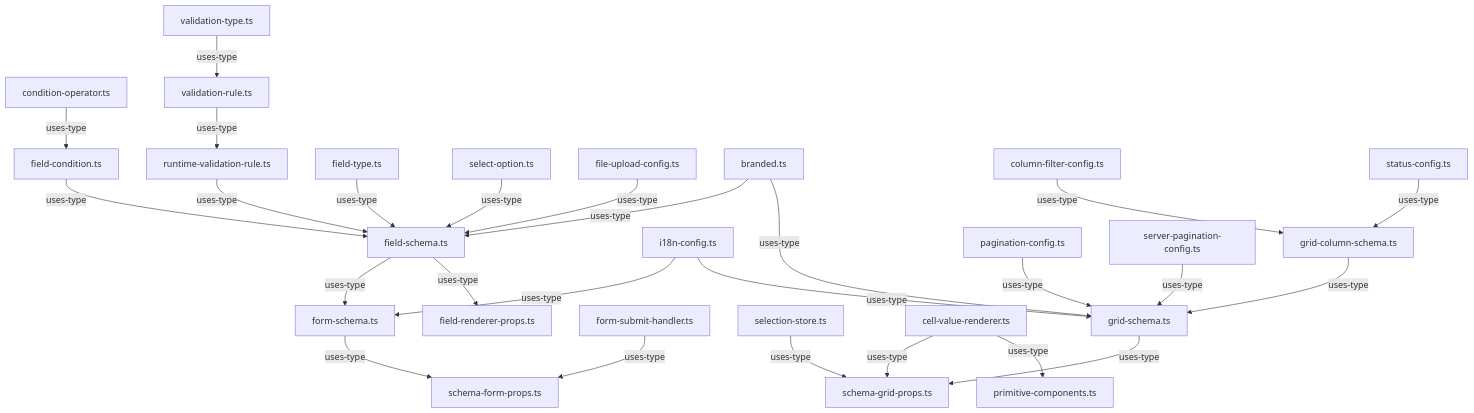
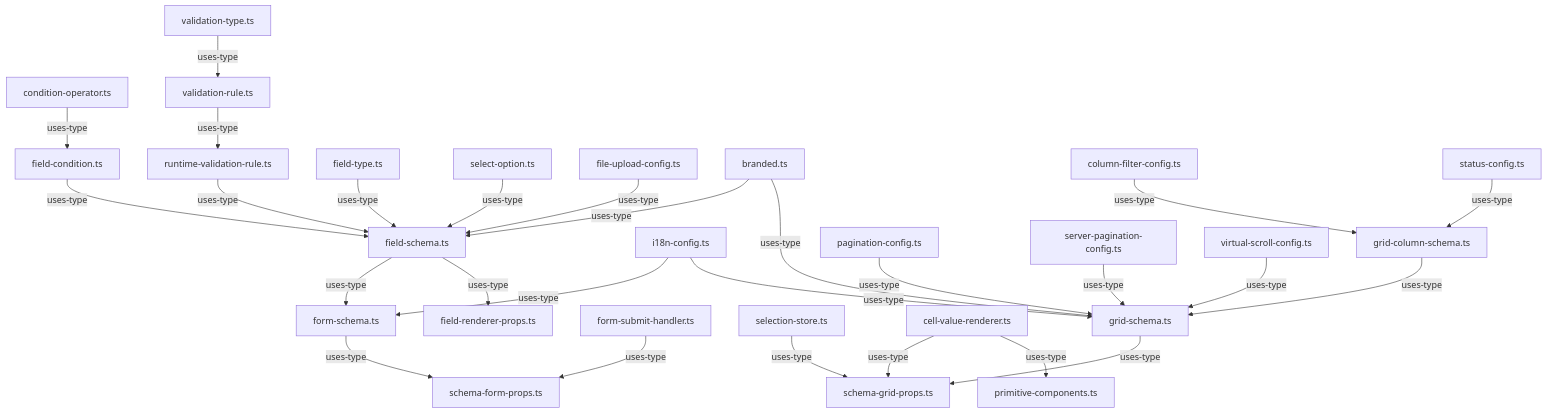
One commit to WianVDM/schema-framework changed the diagram in packages/core/src/engine/types/.context.md. Above: the diagram before and after it, drawn with Mermaid. The commit also changed other lines of this file and 22 other files, not shown here.

First line of the commit message:
feat(grid): add virtualized scrolling for 10k+ rows via @tanstack/react-virtual

````diff
--- a/packages/core/src/engine/types/.context.md
+++ b/packages/core/src/engine/types/.context.md
@@ -37,36 +38,37 @@
 ```mermaid
 graph TD
     condition-operator.ts -->|uses-type| field-condition.ts
     validation-type.ts -->|uses-type| validation-rule.ts
     validation-rule.ts -->|uses-type| runtime-validation-rule.ts
 
     field-type.ts -->|uses-type| field-schema.ts
     select-option.ts -->|uses-type| field-schema.ts
     runtime-validation-rule.ts -->|uses-type| field-schema.ts
     field-condition.ts -->|uses-type| field-schema.ts
     file-upload-config.ts -->|uses-type| field-schema.ts
     branded.ts -->|uses-type| field-schema.ts
 
     field-schema.ts -->|uses-type| form-schema.ts
     i18n-config.ts -->|uses-type| form-schema.ts
 
     column-filter-config.ts -->|uses-type| grid-column-schema.ts
     status-config.ts -->|uses-type| grid-column-schema.ts
 
     grid-column-schema.ts -->|uses-type| grid-schema.ts
     pagination-config.ts -->|uses-type| grid-schema.ts
     server-pagination-config.ts -->|uses-type| grid-schema.ts
+    virtual-scroll-config.ts -->|uses-type| grid-schema.ts
     branded.ts -->|uses-type| grid-schema.ts
     i18n-config.ts -->|uses-type| grid-schema.ts
 
     form-schema.ts -->|uses-type| schema-form-props.ts
     form-submit-handler.ts -->|uses-type| schema-form-props.ts
 
     grid-schema.ts -->|uses-type| schema-grid-props.ts
     selection-store.ts -->|uses-type| schema-grid-props.ts
     cell-value-renderer.ts -->|uses-type| schema-grid-props.ts
 
     field-schema.ts -->|uses-type| field-renderer-props.ts
     cell-value-renderer.ts -->|uses-type| primitive-components.ts
 
 ```
````
